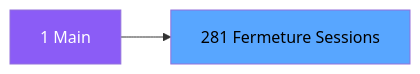
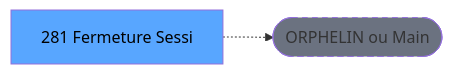
Before and after one commit to thonyAGP/lecteur-magic: the second of 3 diagrams in .openspec/renders/ADH-IDE-281.md, drawn with Mermaid. The commit also changed other lines of this file and 701 other files, not shown here.

````diff
--- a/.openspec/renders/ADH-IDE-281.md
+++ b/.openspec/renders/ADH-IDE-281.md
@@ -109,8 +118,8 @@
 ```mermaid
 graph LR
-    M[1 Main]
-    T[281 Fermeture Sessions]
-    M --> T
-    style M fill:#8b5cf6,color:#fff
+    T[281 Fermeture Sessi]
+    ORPHAN([ORPHELIN ou Main])
+    T -.-> ORPHAN
     style T fill:#58a6ff,color:#000
+    style ORPHAN fill:#6b7280,stroke-dasharray: 5 5
 ```
````
